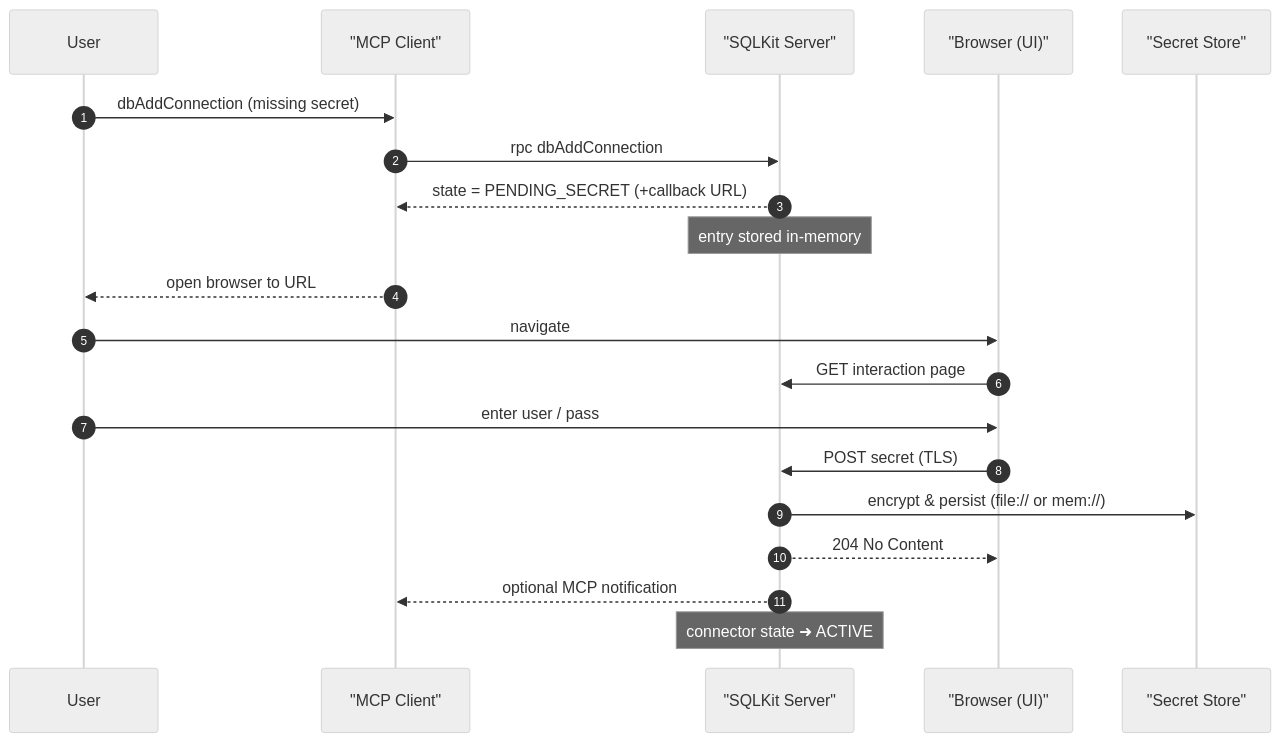
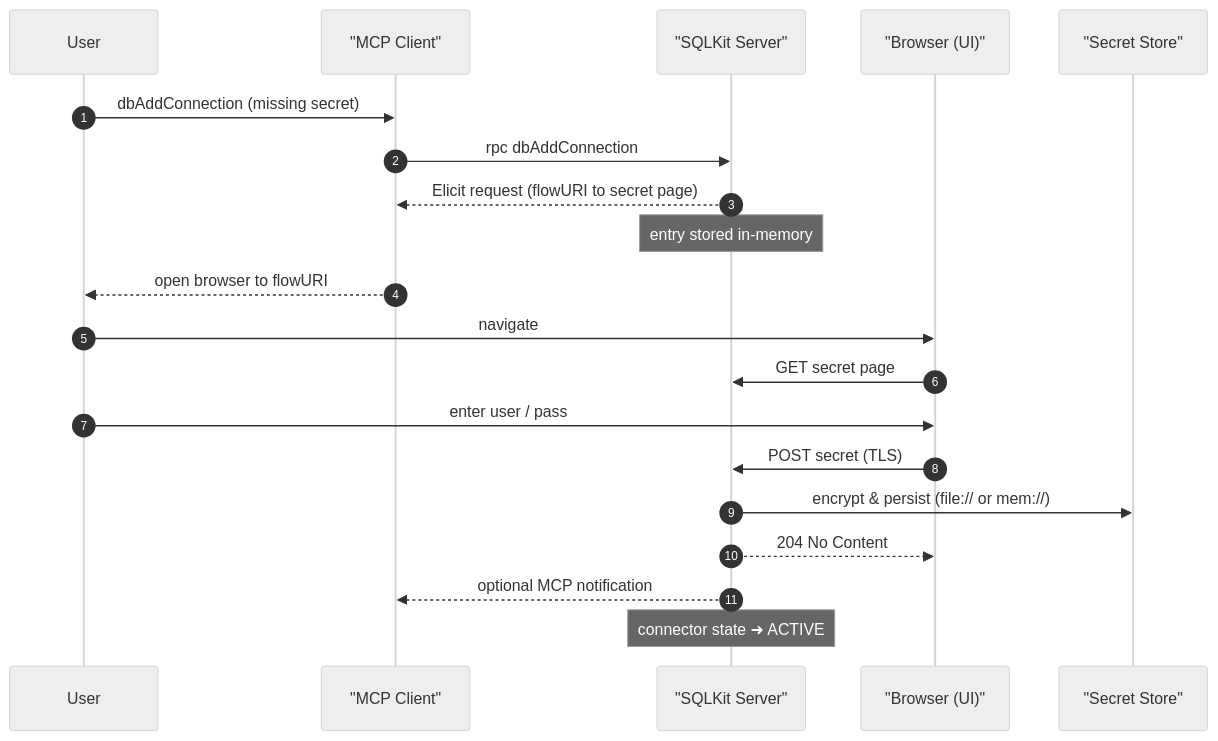
The first of 3 diagrams in README.md (viant/mcp-sqlkit), drawn with Mermaid (neutral theme) before and after one commit. The commit also changed other lines of this file and 4 other files, not shown here.

````diff
--- a/README.md
+++ b/README.md
@@ -309,23 +309,23 @@
 ```mermaid
 sequenceDiagram
     autonumber
     participant U as User
     participant C as "MCP Client"
     participant S as "SQLKit Server"
     participant UI as "Browser (UI)"
     participant SS as "Secret Store"
 
     U->>C: dbAddConnection (missing secret)
     C->>S: rpc dbAddConnection
-    S-->>C: state = PENDING_SECRET (+callback URL)
+    S-->>C: Elicit request (flowURI to secret page)
     note over S: entry stored in-memory
-    C-->>U: open browser to URL
+    C-->>U: open browser to flowURI
     U->>UI: navigate
-    UI->>S: GET interaction page
+    UI->>S: GET secret page
     U->>UI: enter user / pass
     UI->>S: POST secret (TLS)
     S->>SS: encrypt & persist (file:// or mem://)
     S-->>UI: 204 No Content
     S-->>C: optional MCP notification
     note over S: connector state ➜ ACTIVE
 ```
````
